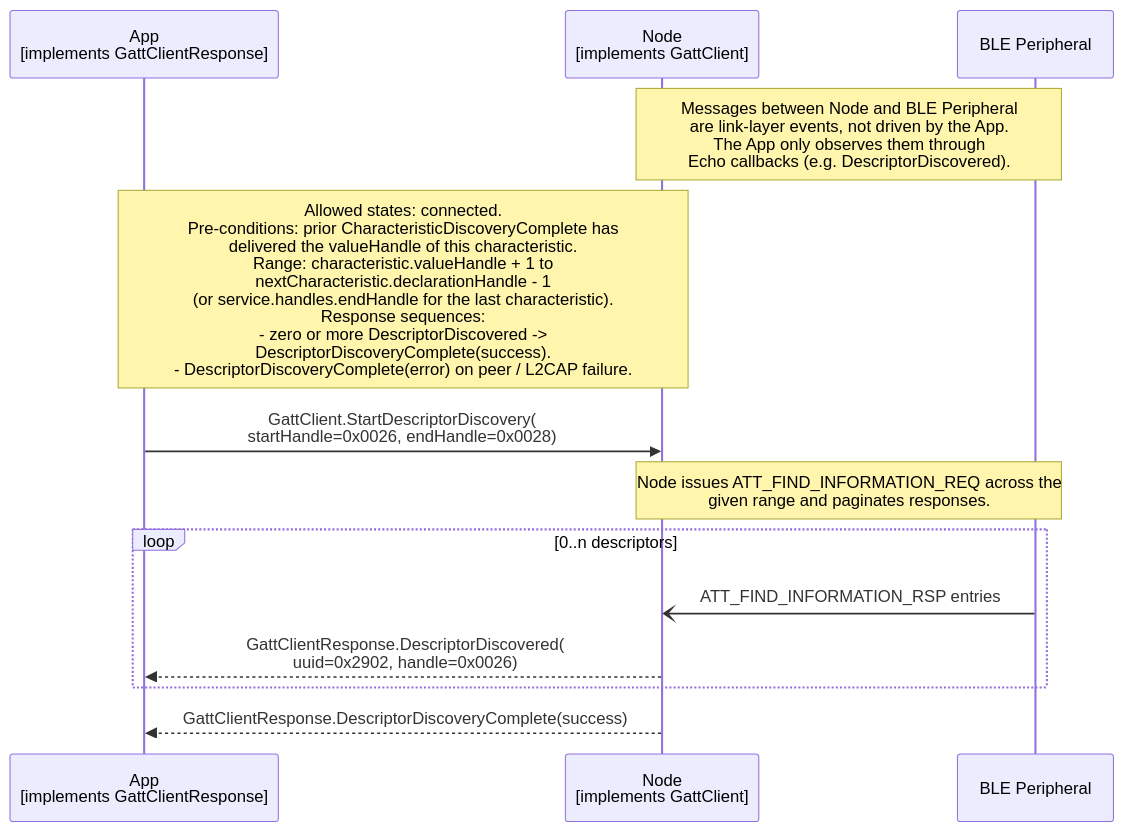
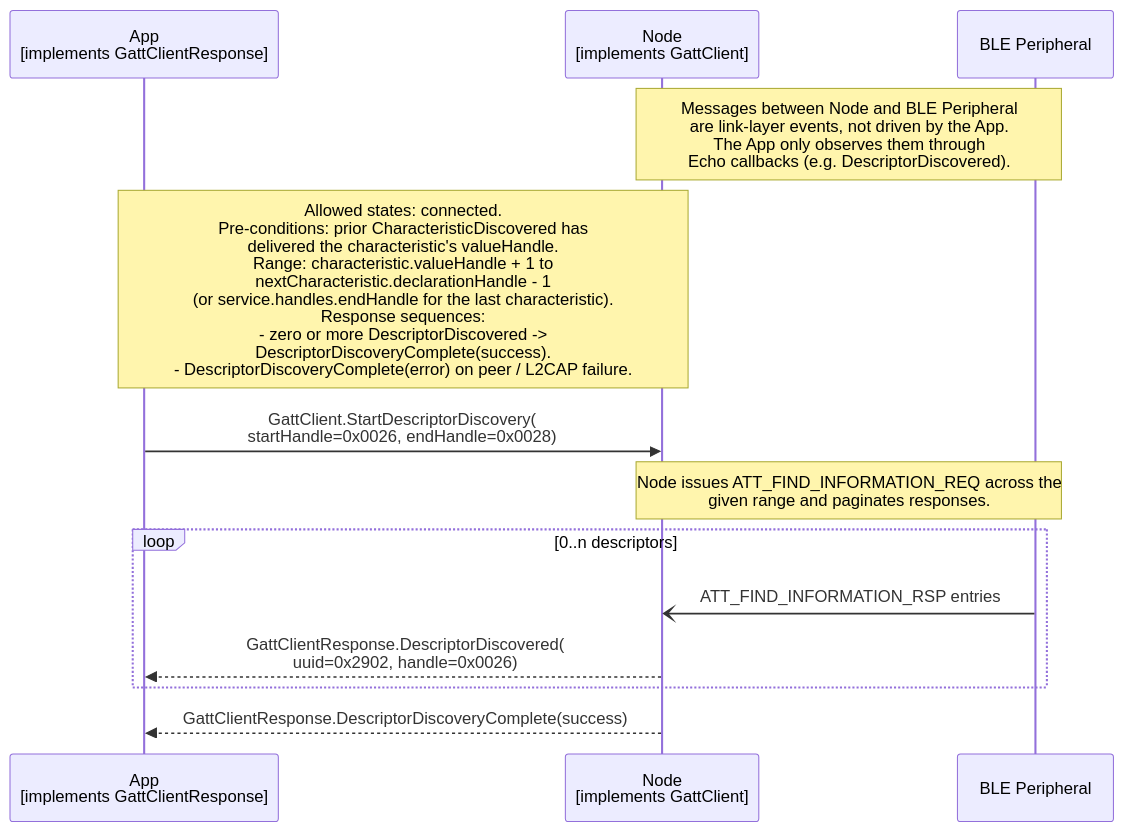
One commit to philips-software/amp-embedded-infra-lib changed the diagram in documents/modules/ROOT/partials/echoservices/gatt_client/GattClient_StartDescriptorDiscovery_sequence.mmd. Above: the diagram before and after it, drawn with Mermaid. The commit also changed 3 other files, not shown here.

Commit message:
align uml diagrams with updated gatt proto

```diff
--- a/documents/modules/ROOT/partials/echoservices/gatt_client/GattClient_StartDescriptorDiscovery_sequence.mmd
+++ b/documents/modules/ROOT/partials/echoservices/gatt_client/GattClient_StartDescriptorDiscovery_sequence.mmd
@@ -1,15 +1,15 @@
 sequenceDiagram
     participant App as App<br>[implements GattClientResponse]
     participant Node as Node<br>[implements GattClient]
     participant Peripheral as BLE Peripheral
 
     Note over Node, Peripheral: Messages between Node and BLE Peripheral<br>are link-layer events, not driven by the App.<br>The App only observes them through<br>Echo callbacks (e.g. DescriptorDiscovered).
-    Note over App, Node: Allowed states: connected.<br>Pre-conditions: prior CharacteristicDiscoveryComplete has<br>delivered the valueHandle of this characteristic.<br>Range: characteristic.valueHandle + 1 to<br>nextCharacteristic.declarationHandle - 1<br>(or service.handles.endHandle for the last characteristic).<br>Response sequences:<br>- zero or more DescriptorDiscovered -><br>  DescriptorDiscoveryComplete(success).<br>- DescriptorDiscoveryComplete(error) on peer / L2CAP failure.
+    Note over App, Node: Allowed states: connected.<br>Pre-conditions: prior CharacteristicDiscovered has<br>delivered the characteristic's valueHandle.<br>Range: characteristic.valueHandle + 1 to<br>nextCharacteristic.declarationHandle - 1<br>(or service.handles.endHandle for the last characteristic).<br>Response sequences:<br>- zero or more DescriptorDiscovered -><br>  DescriptorDiscoveryComplete(success).<br>- DescriptorDiscoveryComplete(error) on peer / L2CAP failure.
 
     App->>Node: GattClient.StartDescriptorDiscovery(<br>startHandle=0x0026, endHandle=0x0028)
     Note over Node, Peripheral: Node issues ATT_FIND_INFORMATION_REQ across the<br>given range and paginates responses.
     loop 0..n descriptors
         Peripheral-)Node: ATT_FIND_INFORMATION_RSP entries
         Node-->>App: GattClientResponse.DescriptorDiscovered(<br>uuid=0x2902, handle=0x0026)
     end
     Node-->>App: GattClientResponse.DescriptorDiscoveryComplete(success)
```
